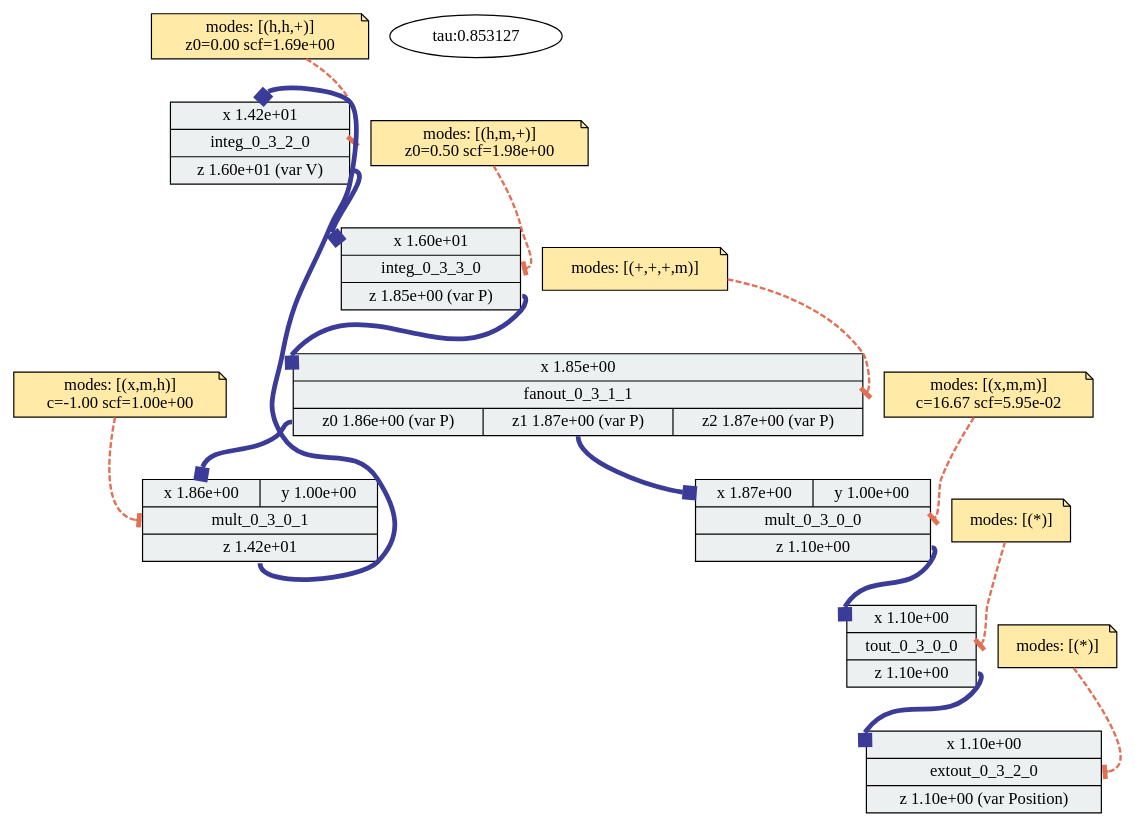
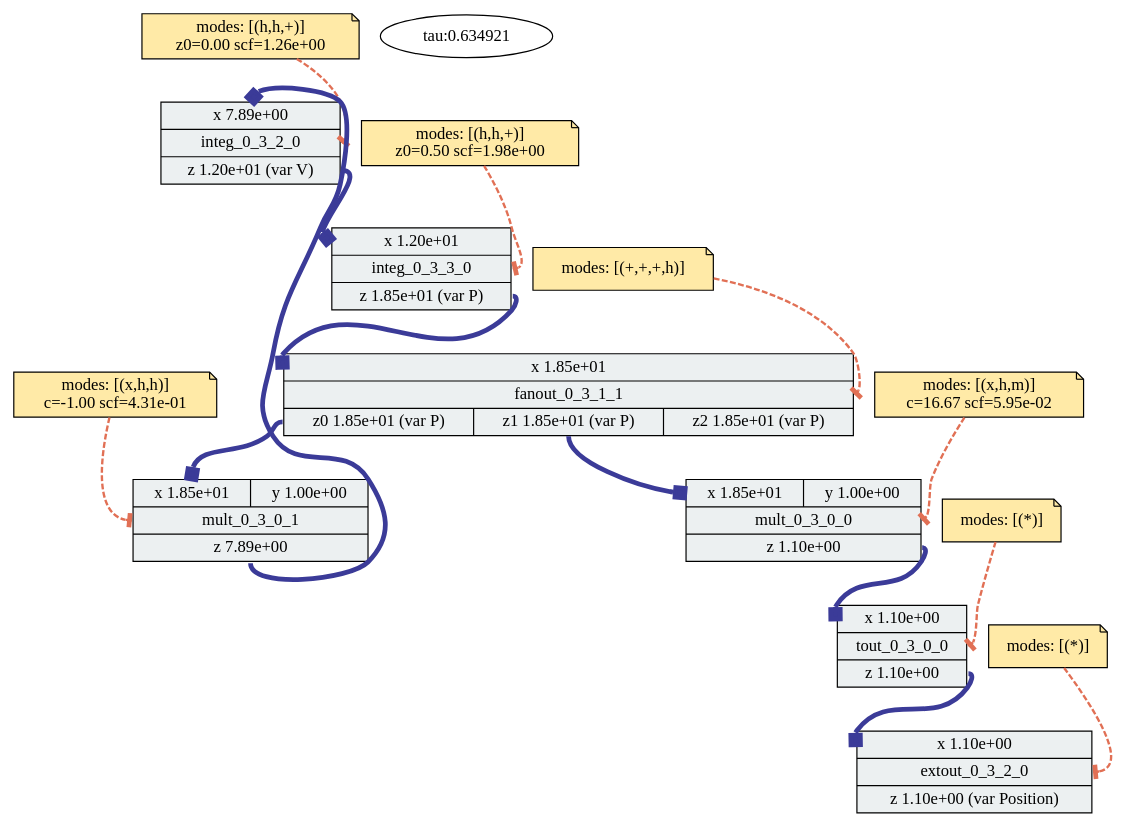
Before and after one commit to sarachour/hcdc-characterization-data: the diagram in c2/outputs/legno/unrestricted/cos/lscale-diag/cos_g2_s1_phys_qty_best_c2.dot, drawn with Graphviz. The commit also changed 268 other files, not shown here.

```diff
--- a/c2/outputs/legno/unrestricted/cos/lscale-diag/cos_g2_s1_phys_qty_best_c2.dot
+++ b/c2/outputs/legno/unrestricted/cos/lscale-diag/cos_g2_s1_phys_qty_best_c2.dot
@@ -1,67 +1,67 @@
 digraph "adp-viz" {
 	graph [overlap=false splines=true]
 	shape=record
 	integ_0_3_2_0 [label="{{<x> x
- 1.42e+01} |<block> integ_0_3_2_0| {<z> z
- 1.60e+01
+ 7.89e+00} |<block> integ_0_3_2_0| {<z> z
+ 1.20e+01
  (var V)}}" fillcolor="#ecf0f1" shape=record style=filled]
 	"integ_0_3_2_0-config" [label="\modes: [(h,h,+)]
-z0=0.00 scf=1.69e+00" fillcolor="#ffeaa7" shape=note style=filled]
+z0=0.00 scf=1.26e+00" fillcolor="#ffeaa7" shape=note style=filled]
 	"integ_0_3_2_0-config" -> integ_0_3_2_0:block [arrowhead=tee arrowtail=normal color="#e17055" penwidth=2 style=dashed]
 	shape=record
 	integ_0_3_3_0 [label="{{<x> x
- 1.60e+01} |<block> integ_0_3_3_0| {<z> z
- 1.85e+00
+ 1.20e+01} |<block> integ_0_3_3_0| {<z> z
+ 1.85e+01
  (var P)}}" fillcolor="#ecf0f1" shape=record style=filled]
-	"integ_0_3_3_0-config" [label="\modes: [(h,m,+)]
+	"integ_0_3_3_0-config" [label="\modes: [(h,h,+)]
 z0=0.50 scf=1.98e+00" fillcolor="#ffeaa7" shape=note style=filled]
 	"integ_0_3_3_0-config" -> integ_0_3_3_0:block [arrowhead=tee arrowtail=normal color="#e17055" penwidth=2 style=dashed]
 	shape=record
 	mult_0_3_0_1 [label="{{<x> x
- 1.86e+00|<y> y
+ 1.85e+01|<y> y
  1.00e+00} |<block> mult_0_3_0_1| {<z> z
- 1.42e+01}}" fillcolor="#ecf0f1" shape=record style=filled]
-	"mult_0_3_0_1-config" [label="\modes: [(x,m,h)]
-c=-1.00 scf=1.00e+00" fillcolor="#ffeaa7" shape=note style=filled]
+ 7.89e+00}}" fillcolor="#ecf0f1" shape=record style=filled]
+	"mult_0_3_0_1-config" [label="\modes: [(x,h,h)]
+c=-1.00 scf=4.31e-01" fillcolor="#ffeaa7" shape=note style=filled]
 	"mult_0_3_0_1-config" -> mult_0_3_0_1:block [arrowhead=tee arrowtail=normal color="#e17055" penwidth=2 style=dashed]
 	shape=record
 	mult_0_3_0_0 [label="{{<x> x
- 1.87e+00|<y> y
+ 1.85e+01|<y> y
  1.00e+00} |<block> mult_0_3_0_0| {<z> z
  1.10e+00}}" fillcolor="#ecf0f1" shape=record style=filled]
-	"mult_0_3_0_0-config" [label="\modes: [(x,m,m)]
+	"mult_0_3_0_0-config" [label="\modes: [(x,h,m)]
 c=16.67 scf=5.95e-02" fillcolor="#ffeaa7" shape=note style=filled]
 	"mult_0_3_0_0-config" -> mult_0_3_0_0:block [arrowhead=tee arrowtail=normal color="#e17055" penwidth=2 style=dashed]
 	shape=record
 	extout_0_3_2_0 [label="{{<x> x
  1.10e+00} |<block> extout_0_3_2_0| {<z> z
  1.10e+00
  (var Position)}}" fillcolor="#ecf0f1" shape=record style=filled]
 	"extout_0_3_2_0-config" [label="\modes: [(*)]" fillcolor="#ffeaa7" shape=note style=filled]
 	"extout_0_3_2_0-config" -> extout_0_3_2_0:block [arrowhead=tee arrowtail=normal color="#e17055" penwidth=2 style=dashed]
 	shape=record
 	fanout_0_3_1_1 [label="{{<x> x
- 1.85e+00} |<block> fanout_0_3_1_1| {<z0> z0
- 1.86e+00
+ 1.85e+01} |<block> fanout_0_3_1_1| {<z0> z0
+ 1.85e+01
  (var P)|<z1> z1
- 1.87e+00
+ 1.85e+01
  (var P)|<z2> z2
- 1.87e+00
+ 1.85e+01
  (var P)}}" fillcolor="#ecf0f1" shape=record style=filled]
-	"fanout_0_3_1_1-config" [label="\modes: [(+,+,+,m)]" fillcolor="#ffeaa7" shape=note style=filled]
+	"fanout_0_3_1_1-config" [label="\modes: [(+,+,+,h)]" fillcolor="#ffeaa7" shape=note style=filled]
 	"fanout_0_3_1_1-config" -> fanout_0_3_1_1:block [arrowhead=tee arrowtail=normal color="#e17055" penwidth=2 style=dashed]
 	shape=record
 	tout_0_3_0_0 [label="{{<x> x
  1.10e+00} |<block> tout_0_3_0_0| {<z> z
  1.10e+00}}" fillcolor="#ecf0f1" shape=record style=filled]
 	"tout_0_3_0_0-config" [label="\modes: [(*)]" fillcolor="#ffeaa7" shape=note style=filled]
 	"tout_0_3_0_0-config" -> tout_0_3_0_0:block [arrowhead=tee arrowtail=normal color="#e17055" penwidth=2 style=dashed]
 	mult_0_3_0_1:z -> integ_0_3_2_0:x [arrowhead=box arrowtail=normal color="#3B3B98" penwidth=4]
 	mult_0_3_0_0:z -> tout_0_3_0_0:x [arrowhead=box arrowtail=normal color="#3B3B98" penwidth=4]
 	tout_0_3_0_0:z -> extout_0_3_2_0:x [arrowhead=box arrowtail=normal color="#3B3B98" penwidth=4]
 	integ_0_3_3_0:z -> fanout_0_3_1_1:x [arrowhead=box arrowtail=normal color="#3B3B98" penwidth=4]
 	fanout_0_3_1_1:z0 -> mult_0_3_0_1:x [arrowhead=box arrowtail=normal color="#3B3B98" penwidth=4]
 	fanout_0_3_1_1:z1 -> mult_0_3_0_0:x [arrowhead=box arrowtail=normal color="#3B3B98" penwidth=4]
 	integ_0_3_2_0:z -> integ_0_3_3_0:x [arrowhead=box arrowtail=normal color="#3B3B98" penwidth=4]
-	time_const [label="tau:0.853127"]
+	time_const [label="tau:0.634921"]
 }
```
